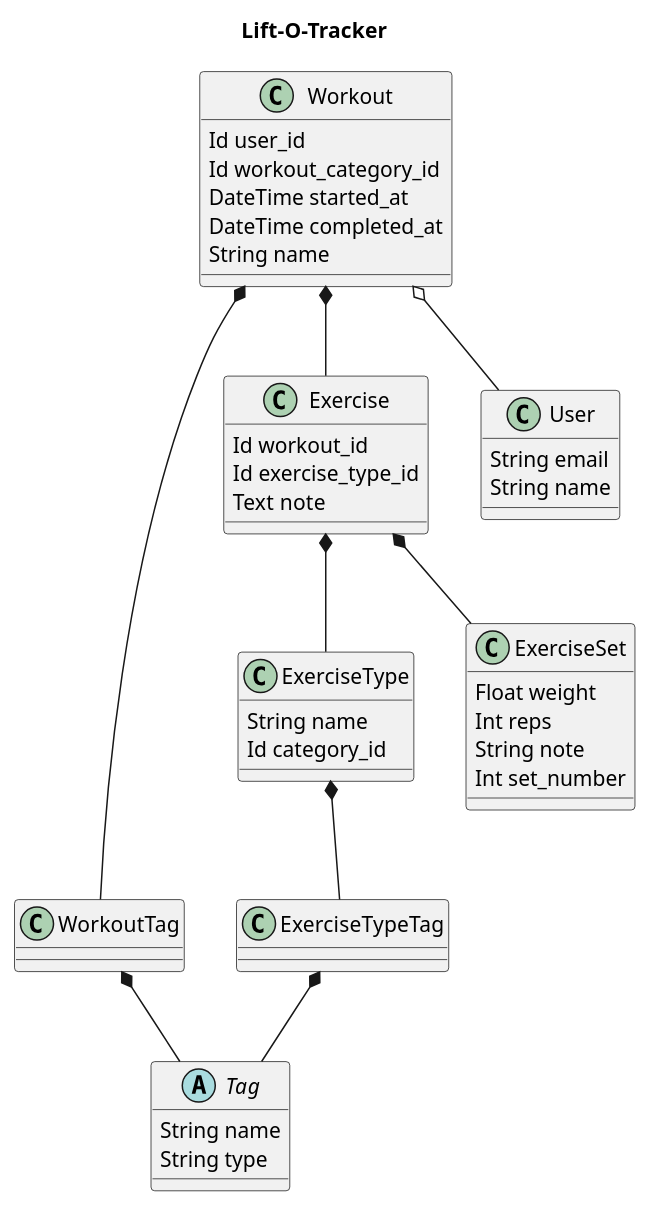
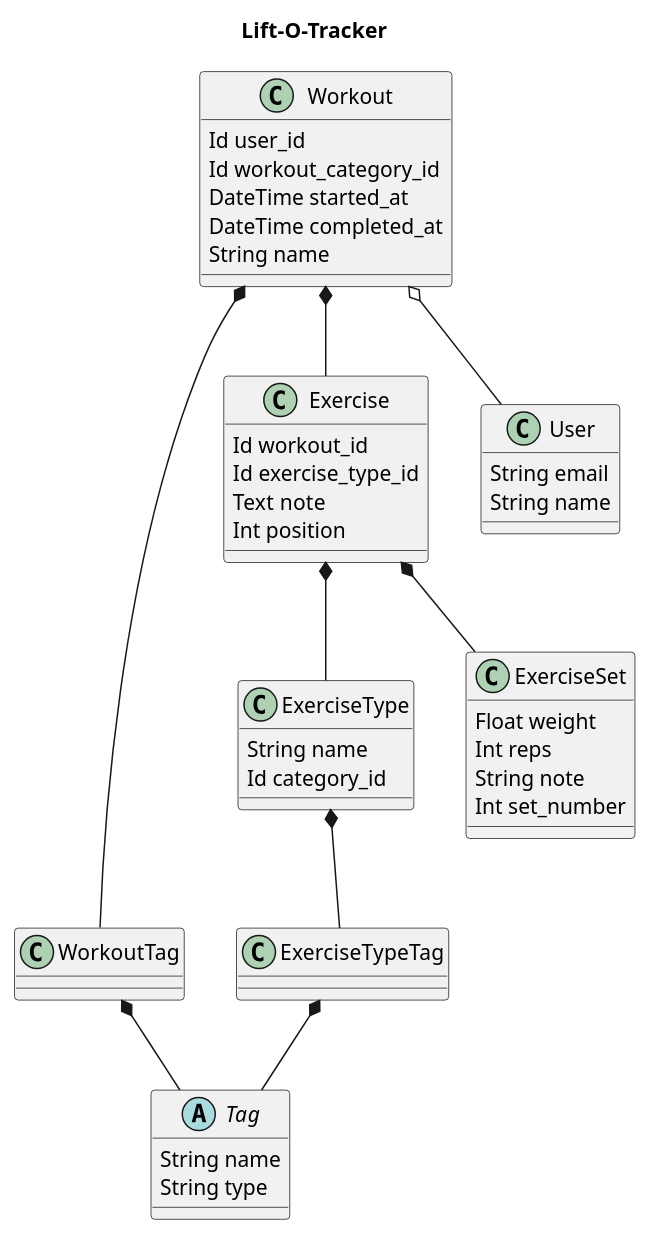
The diagram in docs/model_architecture.PLANTUML (AnthonyRobertson17/arob), drawn with PlantUML before and after one commit.

Commit message:
updating the model architecture docs

```diff
--- a/docs/model_architecture.PLANTUML
+++ b/docs/model_architecture.PLANTUML
@@ -1,56 +1,57 @@
 @startuml Lift-O-Tracker
 
 title Lift-O-Tracker
 
 class ExerciseType {
   String name
   Id category_id
 }
 
 abstract class Tag {
   String name
   String type
 }
 
 class ExerciseTypeTag {
 }
 
 class WorkoutTag {
 }
 
 class Workout {
   Id user_id
   Id workout_category_id
   DateTime started_at
   DateTime completed_at
   String name
 }
 
 class Exercise {
   Id workout_id
   Id exercise_type_id
   Text note
+  Int position
 }
 
 class ExerciseSet {
   Float weight
   Int reps
   String note
   Int set_number
 }
 
 class User {
   String email
   String name
 }
 
 Workout o-- User
 Exercise *-- ExerciseSet
 Workout *-- Exercise
 Exercise *-- ExerciseType
 ExerciseType *-- ExerciseTypeTag
 Workout *-- WorkoutTag
 ExerciseTypeTag *-- Tag
 WorkoutTag *-- Tag
 
 @enduml
```
